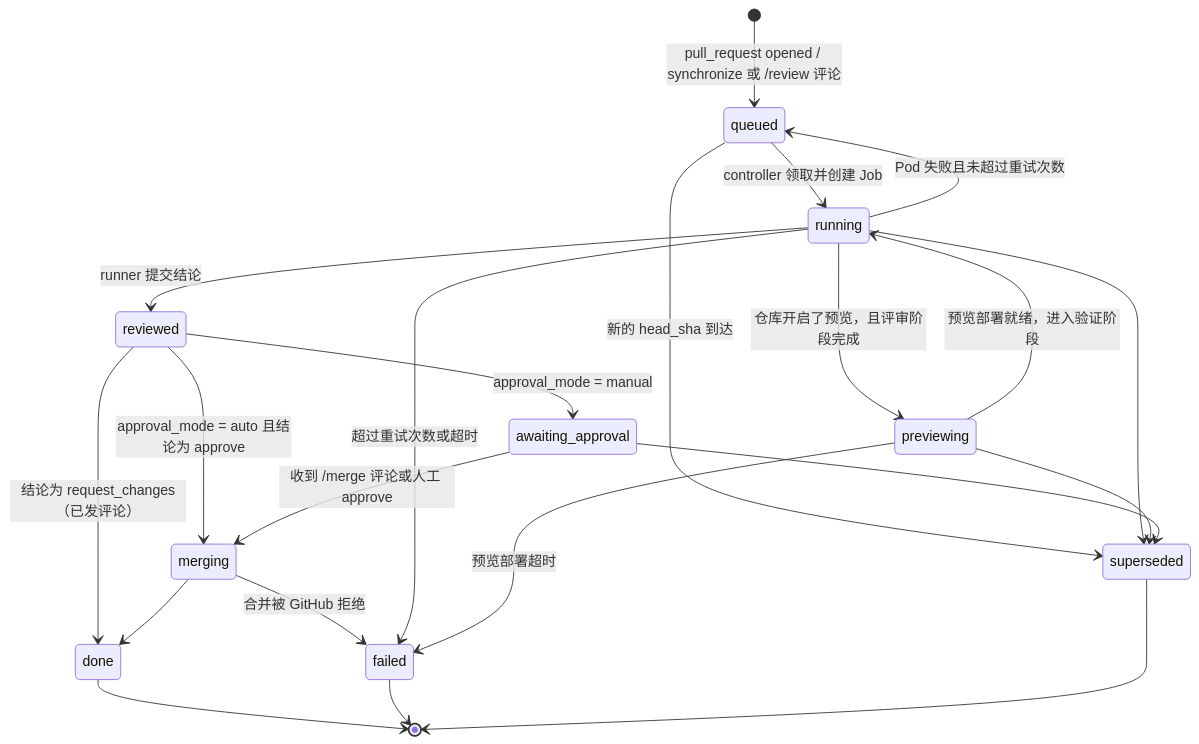
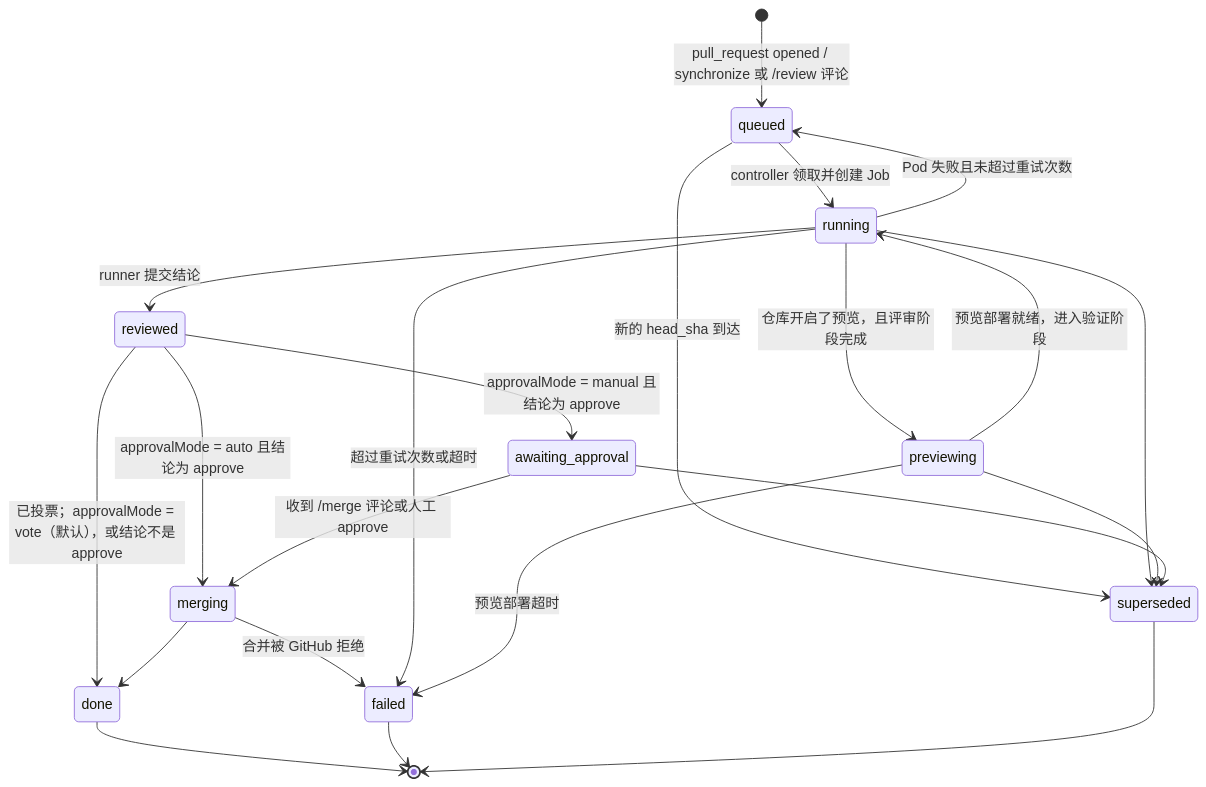
One commit to RooobinYe/ai-pr-review-cloud changed the second of 2 diagrams in docs/architecture.md. Above: the diagram before and after it, drawn with Mermaid. The commit also changed other lines of this file and 4 other files, not shown here.

First line of the commit message:
docs: AI votes as one reviewer by default (vote mode)

````diff
--- a/docs/architecture.md
+++ b/docs/architecture.md
@@ -72,24 +74,24 @@
 ```mermaid
 stateDiagram-v2
     [*] --> queued: pull_request opened / synchronize 或 /review 评论
     queued --> running: controller 领取并创建 Job
     running --> previewing: 仓库开启了预览，且评审阶段完成
     previewing --> running: 预览部署就绪，进入验证阶段
     running --> reviewed: runner 提交结论
-    reviewed --> awaiting_approval: approval_mode = manual
-    reviewed --> merging: approval_mode = auto 且结论为 approve
-    reviewed --> done: 结论为 request_changes（已发评论）
+    reviewed --> done: 已投票；approvalMode = vote（默认），或结论不是 approve
+    reviewed --> awaiting_approval: approvalMode = manual 且结论为 approve
+    reviewed --> merging: approvalMode = auto 且结论为 approve
     awaiting_approval --> merging: 收到 /merge 评论或人工 approve
     merging --> done
     merging --> failed: 合并被 GitHub 拒绝
     running --> queued: Pod 失败且未超过重试次数
     running --> failed: 超过重试次数或超时
     previewing --> failed: 预览部署超时
     queued --> superseded: 新的 head_sha 到达
     running --> superseded
     previewing --> superseded
     awaiting_approval --> superseded
     done --> [*]
     failed --> [*]
     superseded --> [*]
 ```
````
